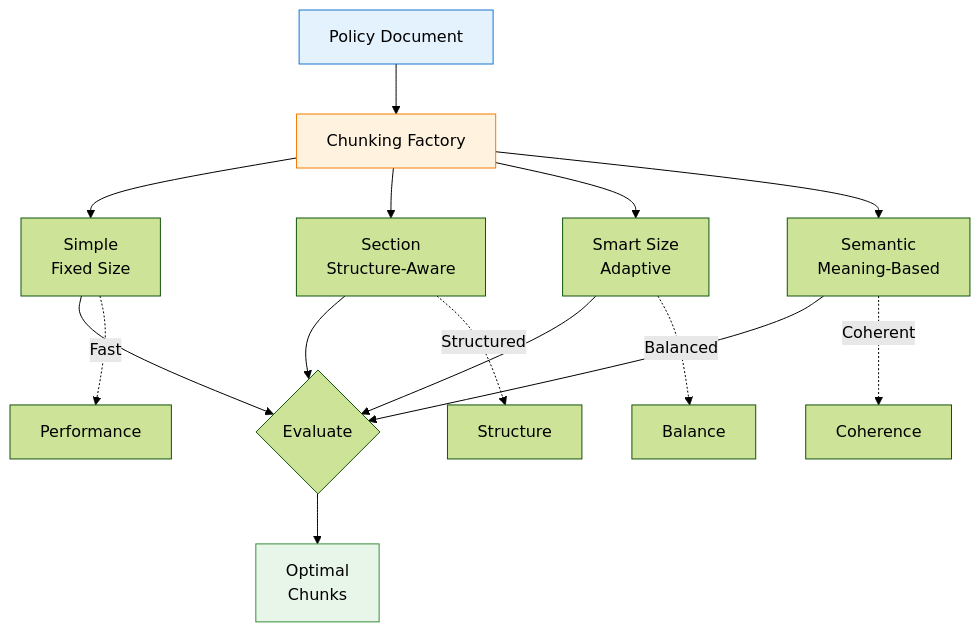
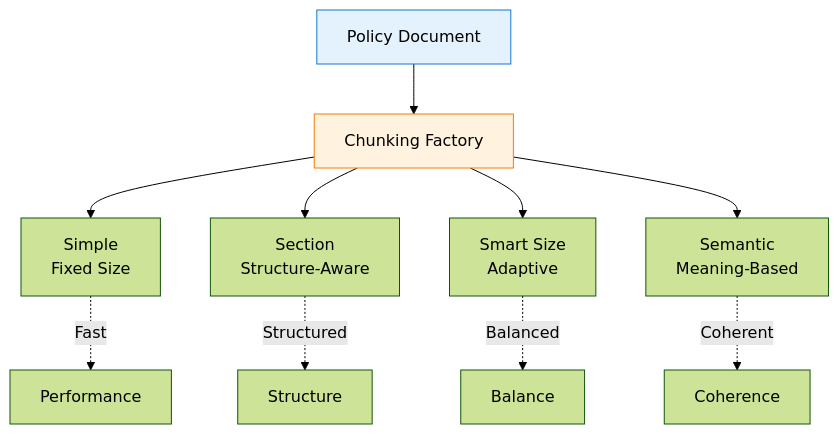
Before and after one commit to jean3P/GPT_AITIS: the diagram in docs/architecture/chunking.md, drawn with Mermaid (forest theme). The commit also changed other lines of this file and 8 other files, not shown here.

````diff
--- a/docs/architecture/chunking.md
+++ b/docs/architecture/chunking.md
@@ -9,26 +7,19 @@
 ```mermaid
 graph TD
     DOC[Policy Document] --> CF[Chunking Factory]
     
     CF --> S1[Simple<br/>Fixed Size]
     CF --> S2[Section<br/>Structure-Aware]
     CF --> S3[Smart Size<br/>Adaptive]
     CF --> S4[Semantic<br/>Meaning-Based]
-    
-    S1 --> EVAL{Evaluate}
-    S2 --> EVAL
-    S3 --> EVAL
-    S4 --> EVAL
-    
-    EVAL --> OPT[Optimal<br/>Chunks]
+
     
     %% Annotations
     S1 -.-> |Fast| PERF[Performance]
     S2 -.-> |Structured| STRUCT[Structure]
     S3 -.-> |Balanced| BAL[Balance]
     S4 -.-> |Coherent| COH[Coherence]
     
     style DOC fill:#e3f2fd,stroke:#1976d2
-    style OPT fill:#e8f5e9,stroke:#388e3c
     style CF fill:#fff3e0,stroke:#f57c00
 ```
````
